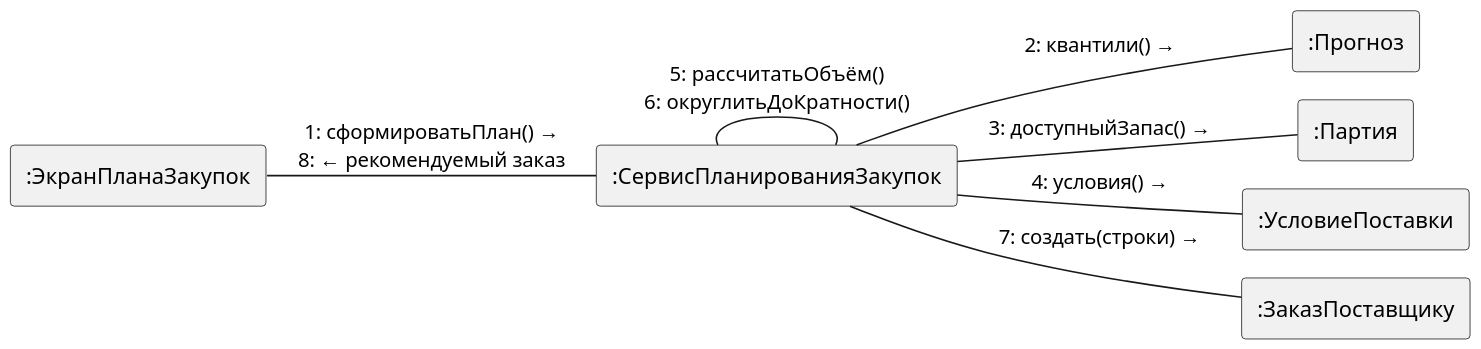
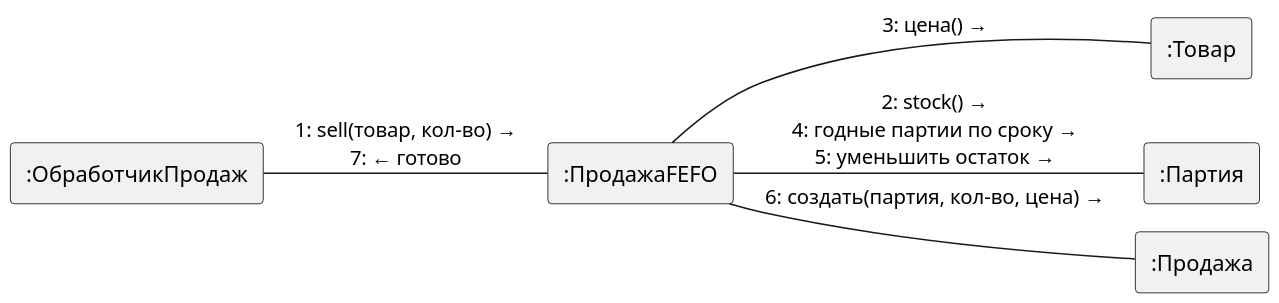
The diagram in diagrams/uml_collab.puml (DarkSwordman999/flower-demand-planning), drawn with PlantUML before and after one commit. The commit also changed 40 other files, not shown here.

Commit message:
ПР 5-6, 7-8, 9-10 под базовую редакцию: IDEF0/IDEF3 из пяти работ салона, UML по модулям app.py и logic.py, план из 12 этапов по датам ПР 3

```diff
--- a/diagrams/uml_collab.puml
+++ b/diagrams/uml_collab.puml
@@ -1,20 +1,20 @@
 @startuml
 !pragma layout smetana
 skinparam dpi 150
 skinparam defaultFontName Arial
 skinparam shadowing false
 skinparam monochrome true
 left to right direction
-rectangle ":ЭкранПланаЗакупок" as UI
-rectangle ":СервисПланированияЗакупок" as S
-rectangle ":Прогноз" as F
+skinparam rectangle {
+ BorderColor black
+}
+rectangle ":ОбработчикПродаж" as C
+rectangle ":ПродажаFEFO" as L
+rectangle ":Товар" as T
 rectangle ":Партия" as P
-rectangle ":УсловиеПоставки" as U
-rectangle ":ЗаказПоставщику" as Z
-UI -- S : "1: сформироватьПлан() →\n8: ← рекомендуемый заказ"
-S -- F : "2: квантили() →"
-S -- P : "3: доступныйЗапас() →"
-S -- U : "4: условия() →"
-S -- S : "5: рассчитатьОбъём()\n6: округлитьДоКратности()"
-S -- Z : "7: создать(строки) →"
+rectangle ":Продажа" as S
+C -- L : "1: sell(товар, кол-во) →\n7: ← готово"
+L -- P : "2: stock() →\n4: годные партии по сроку →\n5: уменьшить остаток →"
+L -- T : "3: цена() →"
+L -- S : "6: создать(партия, кол-во, цена) →"
 @enduml
```
